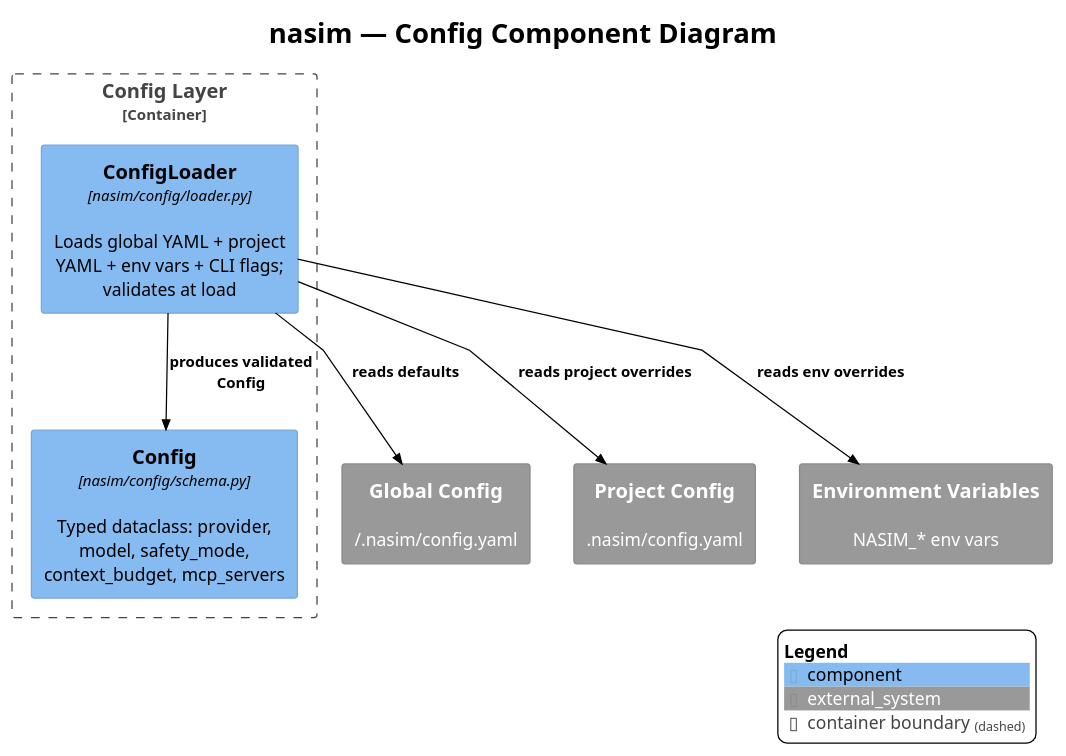
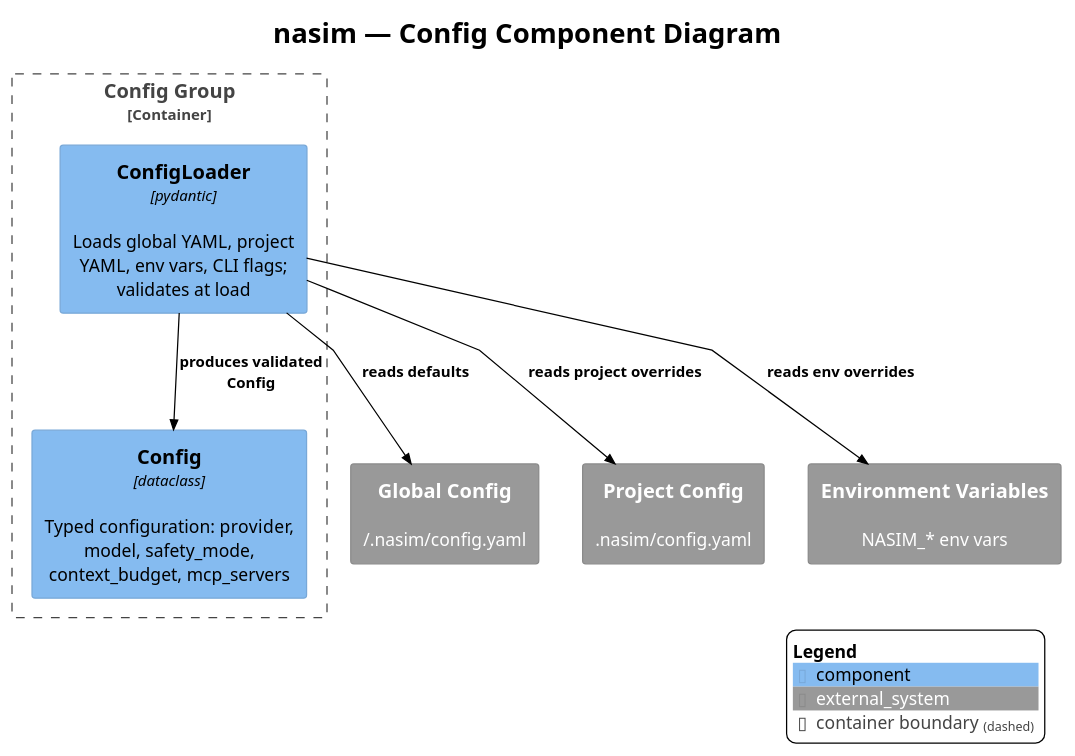
The diagram in docs/C4/c4_nasim_component_config.puml (salimnamvar/nasim), drawn with PlantUML before and after one commit. The commit also changed 22 other files, not shown here.

First line of the commit message:
refactor: Normalize C4 architecture and enhance component diagrams

```diff
--- a/docs/C4/c4_nasim_component_config.puml
+++ b/docs/C4/c4_nasim_component_config.puml
@@ -1,31 +1,31 @@
 !include https://raw.githubusercontent.com/plantuml-stdlib/C4-PlantUML/v2.10.0/C4_Component.puml
 !theme plain
 skinparam linetype polyline
 
 ' ============================================================
 ' Title:     nasim — Config Component Diagram
-' Boundary:  nasim code agent CLI
+' Boundary:  nasim core library — Config group
 ' Purpose:   Config layer internal components
 ' Milestone: v1.0
-' Version:   2.0.0
-' Source:    docs/audit/audit_2026-06-20_capability-and-architecture.md
-' Review:    —
+' Version:   5.0.0
+' Source:    docs/prompt/p1.md — corrective architecture review
+' Review:    docs/audit/audit.2026.06.20.comprehensive.reference.audit.md
 ' ============================================================
 
 title nasim — Config Component Diagram
 
-Container_Boundary(config_boundary, "Config Layer") {
-    Component(config_loader, "ConfigLoader", "nasim/config/loader.py", "Loads global YAML + project YAML + env vars + CLI flags; validates at load")
-    Component(config_schema, "Config", "nasim/config/schema.py", "Typed dataclass: provider, model, safety_mode, context_budget, mcp_servers")
+Container_Boundary(config_boundary, "Config Group") {
+    Component(config_loader, "ConfigLoader", "pydantic", "Loads global YAML, project YAML, env vars, CLI flags; validates at load")
+    Component(config_schema, "Config", "dataclass", "Typed configuration: provider, model, safety_mode, context_budget, mcp_servers")
 }
 
 System_Ext(global_config, "Global Config", "~/.nasim/config.yaml")
 System_Ext(project_config, "Project Config", ".nasim/config.yaml")
 System_Ext(env_vars, "Environment Variables", "NASIM_* env vars")
 
 Rel(config_loader, global_config, "reads defaults")
 Rel(config_loader, project_config, "reads project overrides")
 Rel(config_loader, env_vars, "reads env overrides")
 Rel(config_loader, config_schema, "produces validated Config")
 
 SHOW_LEGEND()
```
